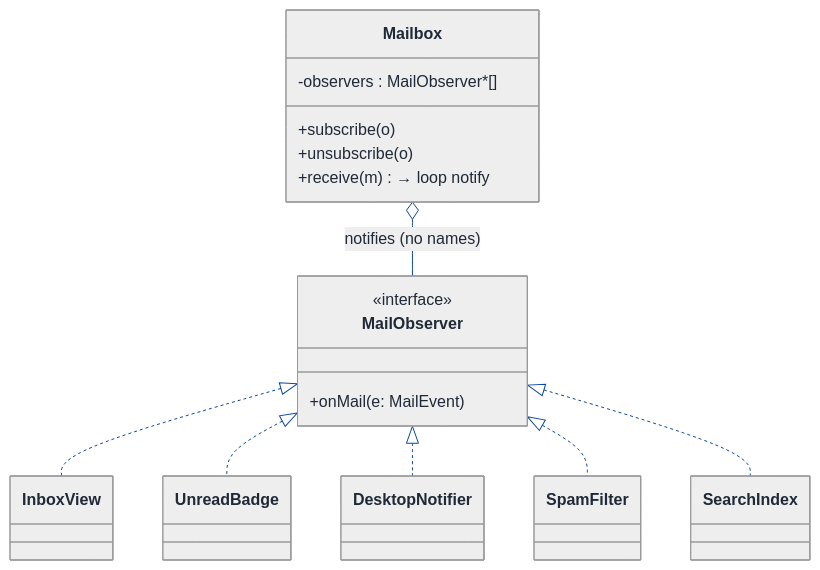
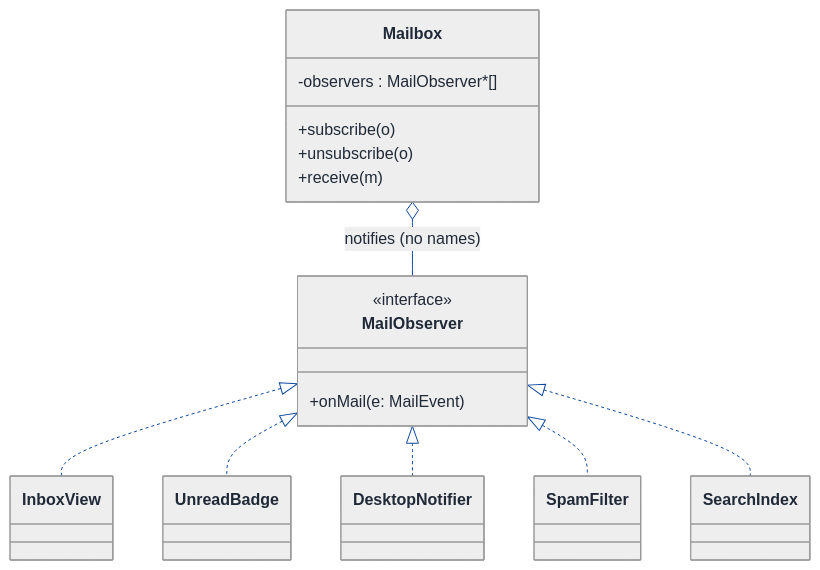
The second of 6 diagrams in LLD/Topics/Observer_Pattern/Email_Client.md (Prateek-5/question-bank), drawn with Mermaid before and after one commit. The commit also changed other lines of this file and 61 other files, not shown here.

First line of the commit message:
Fix invalid mermaid classDiagram member syntax across LLD walkthroughs

````diff
--- a/LLD/Topics/Observer_Pattern/Email_Client.md
+++ b/LLD/Topics/Observer_Pattern/Email_Client.md
@@ -387,57 +387,57 @@
 ```mermaid
 ---
 config:
   theme: neutral
   themeVariables:
     background: '#ffffff'
     primaryColor: '#cfe2ff'
     primaryTextColor: '#1f2937'
     primaryBorderColor: '#084298'
     secondaryColor: '#fff3cd'
     secondaryTextColor: '#1f2937'
     secondaryBorderColor: '#664d03'
     tertiaryColor: '#d1e7dd'
     tertiaryTextColor: '#1f2937'
     tertiaryBorderColor: '#0a3622'
     lineColor: '#0d47a1'
     textColor: '#1f2937'
     noteBkgColor: '#fff3cd'
     noteTextColor: '#1f2937'
     noteBorderColor: '#997404'
     actorBkg: '#cfe2ff'
     actorBorder: '#084298'
     actorTextColor: '#1f2937'
     signalColor: '#0d47a1'
     signalTextColor: '#1f2937'
     labelBoxBkgColor: '#ffffff'
     labelBoxBorderColor: '#d3d3d3'
     labelTextColor: '#1f2937'
     edgeLabelBackground: '#ffffff'
     labelBackground: '#ffffff'
     classText: '#1f2937'
     fontFamily: 'system-ui, -apple-system, Segoe UI, Helvetica, Arial, sans-serif'
 ---
 classDiagram
   direction TB
   class Mailbox {
     -observers : MailObserver*[]
     +subscribe(o)
     +unsubscribe(o)
-    +receive(m) → loop notify
+    +receive(m)
   }
   class MailObserver {
     <<interface>>
     +onMail(e: MailEvent)
   }
   class InboxView
   class UnreadBadge
   class DesktopNotifier
   class SpamFilter
   class SearchIndex
   Mailbox o-- MailObserver : notifies (no names)
   MailObserver <|.. InboxView
   MailObserver <|.. UnreadBadge
   MailObserver <|.. DesktopNotifier
   MailObserver <|.. SpamFilter
   MailObserver <|.. SearchIndex
 ```
````
